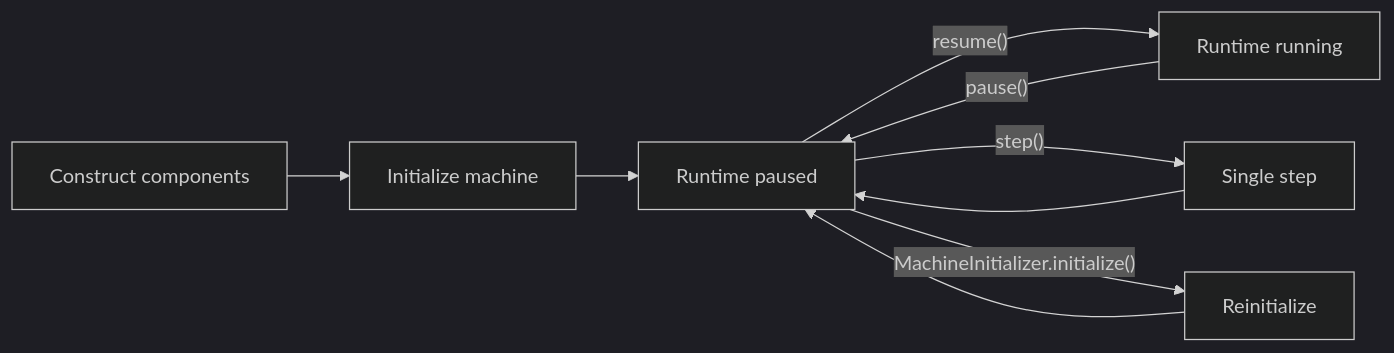
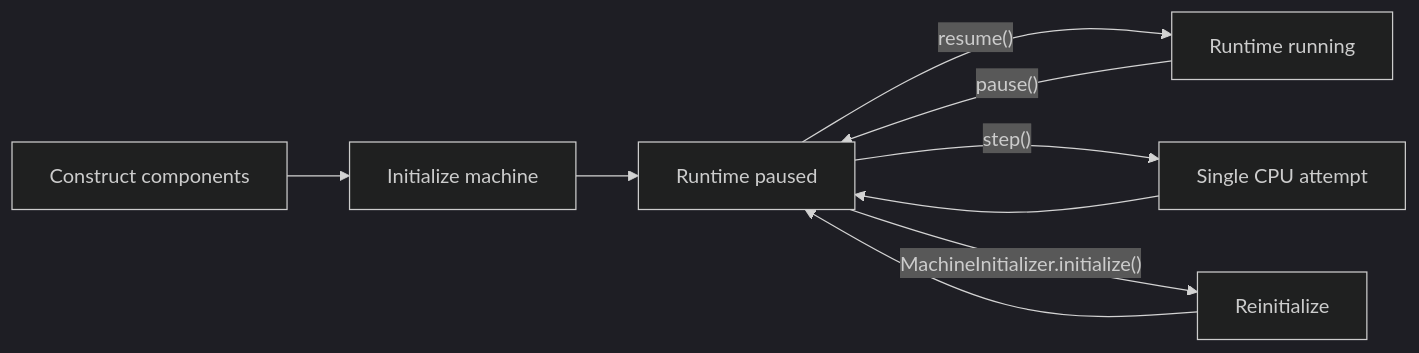
One commit to fa-ribeiro/Chip8NX changed the first of 3 diagrams in docs/architecture/machine-lifecycle.md. Above: the diagram before and after it, drawn with Mermaid (dark theme). The commit also changed other lines of this file and 4 other files, not shown here.

````diff
--- a/docs/architecture/machine-lifecycle.md
+++ b/docs/architecture/machine-lifecycle.md
@@ -5,15 +5,15 @@
 ```mermaid
 flowchart LR
     Construct["Construct components"]
     Initialize["Initialize machine"]
     Paused["Runtime paused"]
     Running["Runtime running"]
-    Step["Single step"]
+    Step["Single CPU attempt"]
     Reset["Reinitialize"]
 
     Construct --> Initialize --> Paused
     Paused -->|"resume()"| Running
     Running -->|"pause()"| Paused
     Paused -->|"step()"| Step --> Paused
     Paused -->|"MachineInitializer.initialize()"| Reset --> Paused
 ```
````
